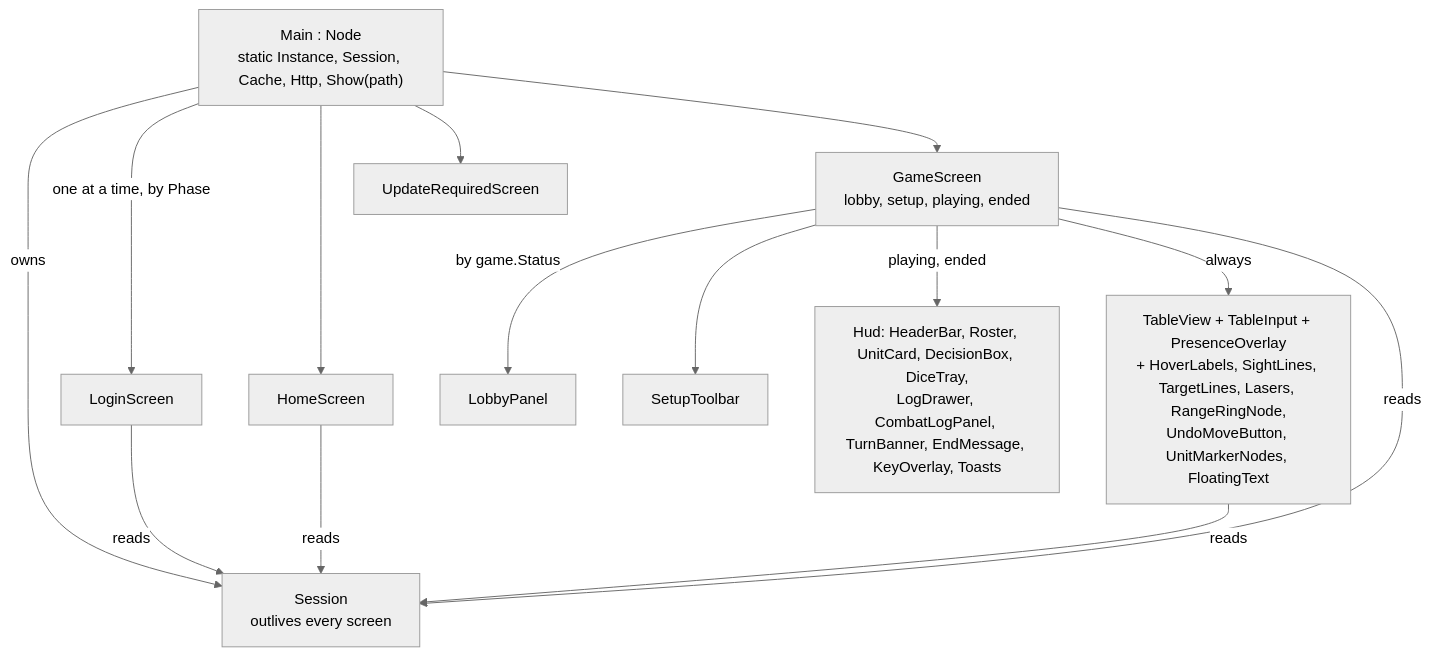
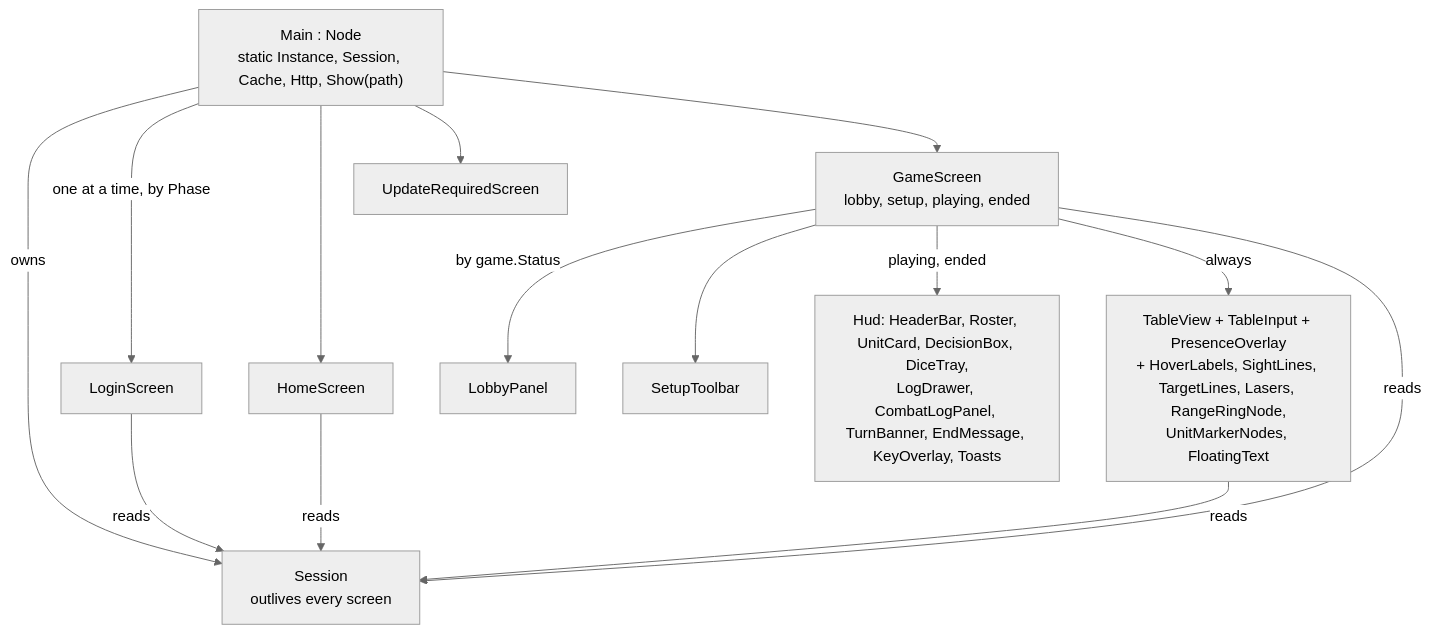
Before and after one commit to cstupi/tabletop: the diagram in docs/design/client/core-and-screens.md, drawn with Mermaid (neutral theme). The commit also changed 6 other files, not shown here.

First line of the commit message:
Document the Undo button in the spec, design docs, client guide and handoff

````diff
--- a/docs/design/client/core-and-screens.md
+++ b/docs/design/client/core-and-screens.md
@@ -39,27 +39,27 @@
 ```mermaid
 flowchart TD
   main["Main : Node<br/>static Instance, Session, Cache, Http, Show(path)"]
   session["Session<br/>outlives every screen"]
   login["LoginScreen"]
   home["HomeScreen"]
   update["UpdateRequiredScreen"]
   gamescr["GameScreen<br/>lobby, setup, playing, ended"]
   lobby["LobbyPanel"]
   setup["SetupToolbar"]
   hud["Hud: HeaderBar, Roster, UnitCard, DecisionBox, DiceTray,<br/>LogDrawer, CombatLogPanel, TurnBanner, EndMessage, KeyOverlay, Toasts"]
-  table["TableView + TableInput + PresenceOverlay<br/>+ HoverLabels, SightLines, TargetLines, Lasers, RangeRingNode,<br/>UndoMoveButton, UnitMarkerNodes, FloatingText"]
+  table["TableView + TableInput + PresenceOverlay<br/>+ HoverLabels, SightLines, TargetLines, Lasers, RangeRingNode,<br/>UnitMarkerNodes, FloatingText"]
 
   main -- owns --> session
   main -- "one at a time, by Phase" --> login
   main --> home
   main --> update
   main --> gamescr
   gamescr -- "by game.Status" --> lobby
   gamescr --> setup
   gamescr -- "playing, ended" --> hud
   gamescr -- "always" --> table
   login -- reads --> session
   home -- reads --> session
   gamescr -- reads --> session
   table -- reads --> session
 ```
````
